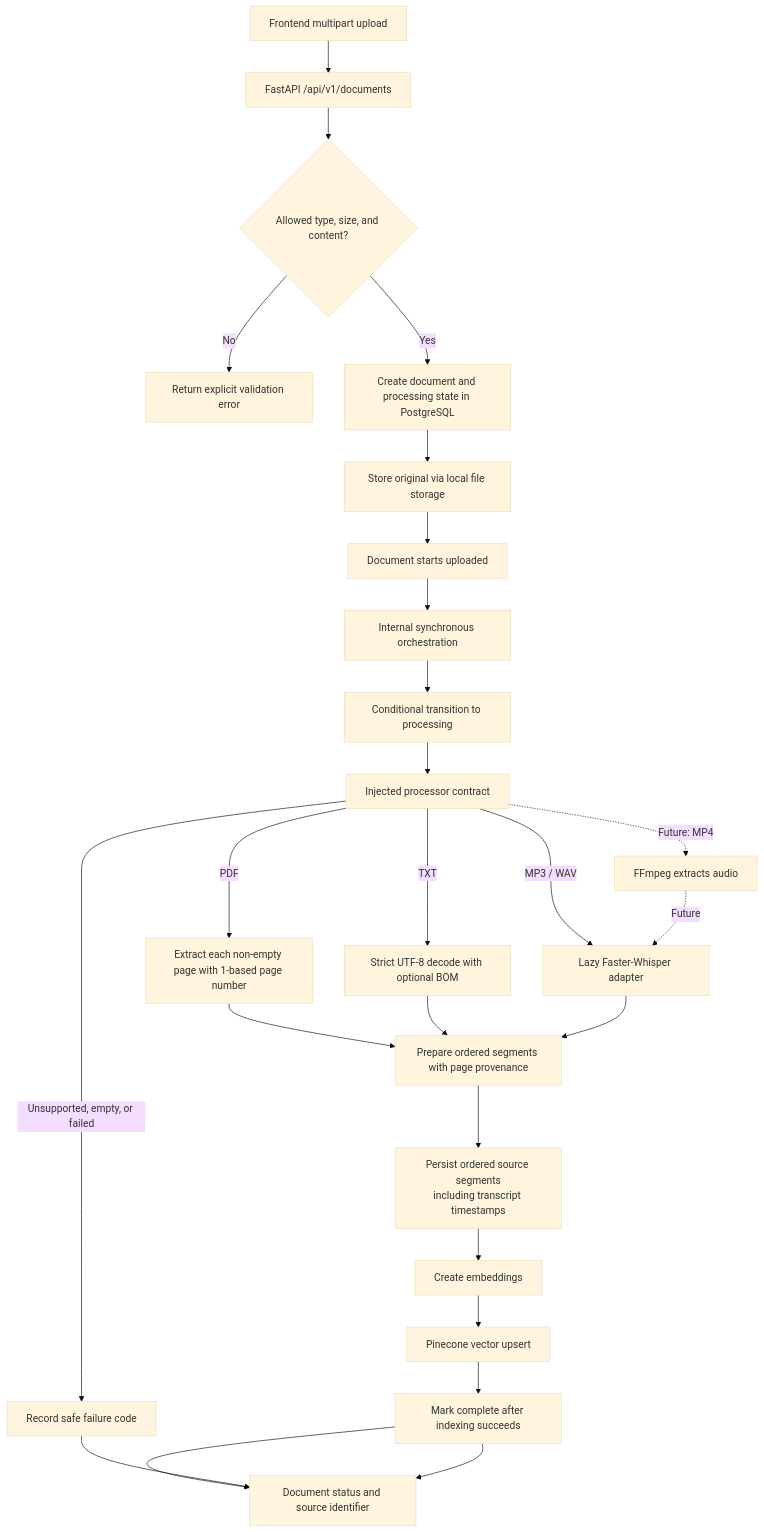
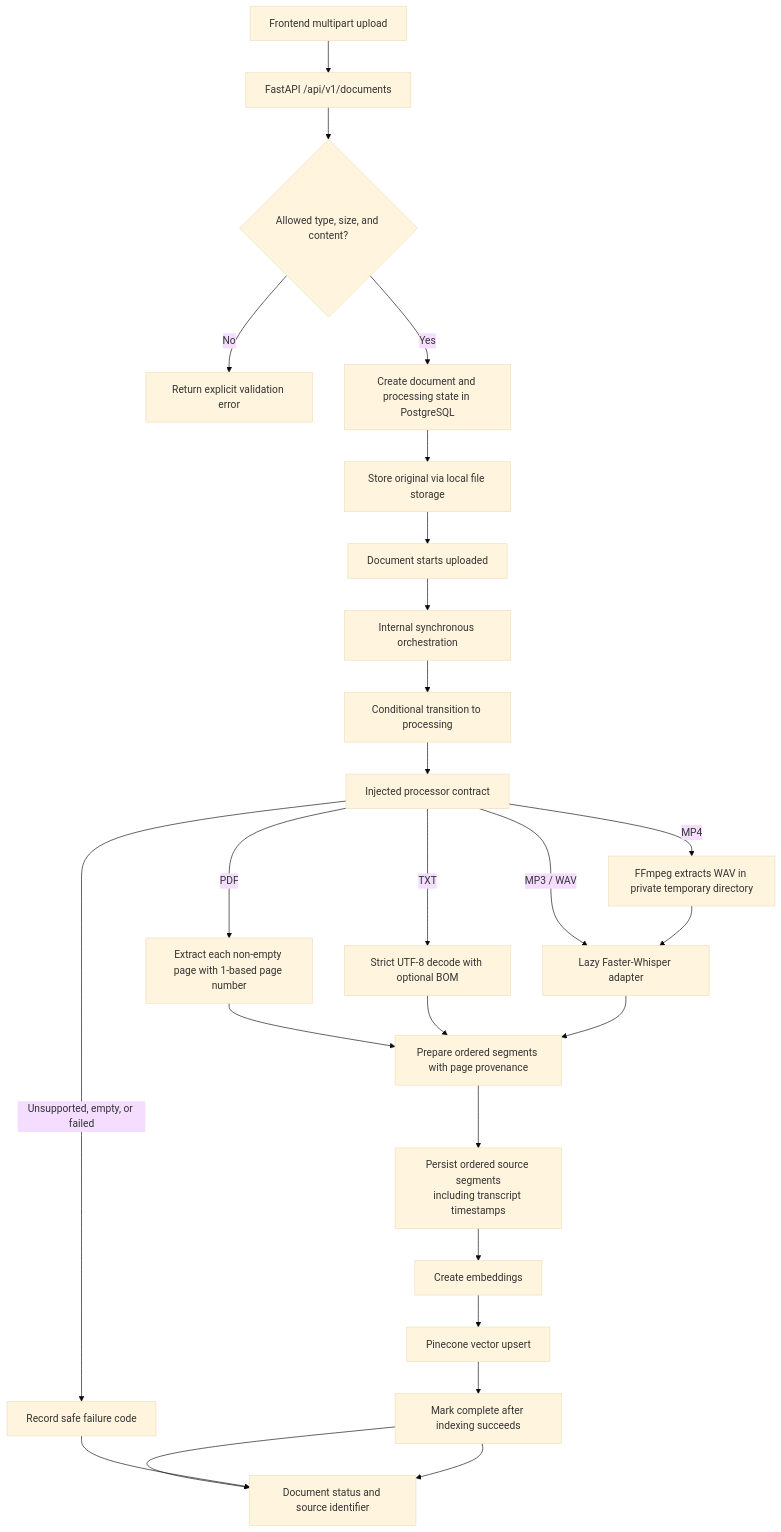
Before and after one commit to Vicky7632/cognify-ai: the first of 2 diagrams in docs/DATA_FLOW.md, drawn with Mermaid (base theme). The commit also changed other lines of this file and 3 other files, not shown here.

Commit message:
docs: update unified ingestion architecture

````diff
--- a/docs/DATA_FLOW.md
+++ b/docs/DATA_FLOW.md
@@ -7,28 +7,28 @@
 ```mermaid
 flowchart TD
     Upload[Frontend multipart upload] --> API[FastAPI /api/v1/documents]
     API --> Validate{Allowed type, size, and content?}
     Validate -->|No| Reject[Return explicit validation error]
     Validate -->|Yes| Create[Create document and processing state in PostgreSQL]
     Create --> File[Store original via local file storage]
     File --> State[Document starts uploaded]
     State --> Orchestrator[Internal synchronous orchestration]
     Orchestrator --> Claim[Conditional transition to processing]
     Claim --> Processor[Injected processor contract]
     Processor -->|PDF| PDF[Extract each non-empty page with 1-based page number]
     Processor -->|TXT| TXT[Strict UTF-8 decode with optional BOM]
     Processor -->|Unsupported, empty, or failed| InternalFailed[Record safe failure code]
     PDF --> Normalize[Prepare ordered segments with page provenance]
     TXT --> Normalize
     Processor -->|MP3 / WAV| Audio[Lazy Faster-Whisper adapter]
     Audio --> Normalize
-    Processor -. Future: MP4 .-> ExtractAudio[FFmpeg extracts audio]
-    ExtractAudio -. Future .-> Audio
+    Processor -->|MP4| ExtractAudio[FFmpeg extracts WAV in private temporary directory]
+    ExtractAudio --> Audio
     Normalize --> Segments[Persist ordered source segments<br/>including transcript timestamps]
     Segments --> Embed[Create embeddings]
     Embed --> Persist[Pinecone vector upsert]
     Persist --> CompletedWithIndex[Mark complete after indexing succeeds]
     CompletedWithIndex --> Result[Document status and source identifier]
     InternalFailed --> Result
     CompletedWithIndex --> Result
 ```
````
